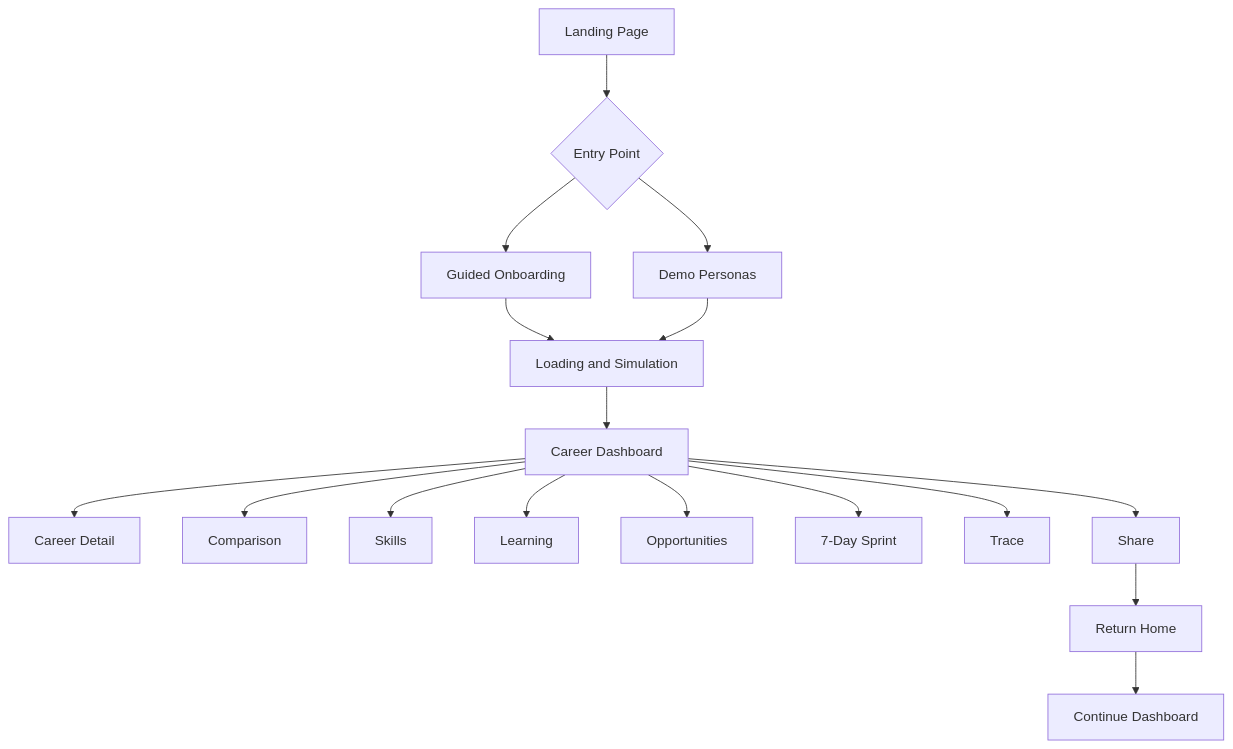
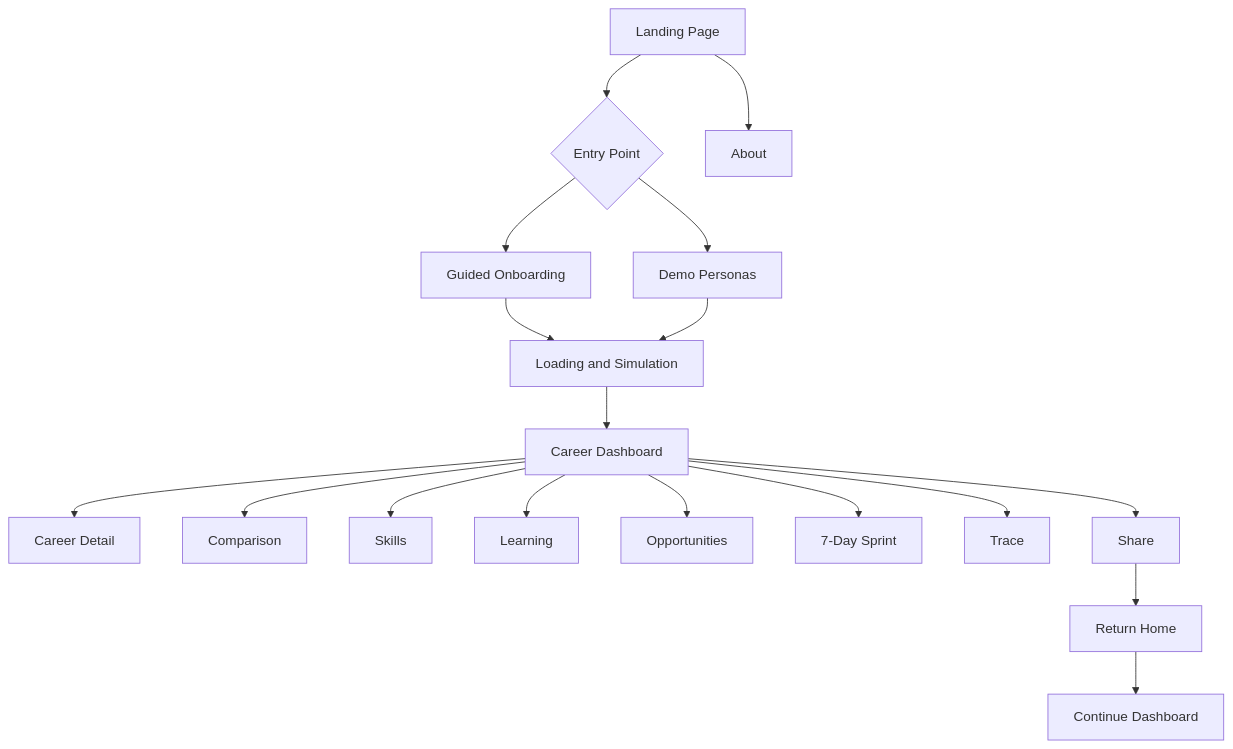
One commit to Dhruvg334/Daedalus changed the third of 3 diagrams in README.md. Above: the diagram before and after it, drawn with Mermaid. The commit also changed other lines of this file and 14 other files, not shown here.

````diff
--- a/README.md
+++ b/README.md
@@ -293,19 +300,20 @@
 ```mermaid
 flowchart TD
     A[Landing Page] --> B{Entry Point}
     B --> C[Guided Onboarding]
     B --> D[Demo Personas]
     C --> E[Loading and Simulation]
     D --> E
     E --> F[Career Dashboard]
     F --> G[Career Detail]
     F --> H[Comparison]
     F --> I[Skills]
     F --> J[Learning]
     F --> K[Opportunities]
     F --> L[7-Day Sprint]
     F --> M[Trace]
     F --> N[Share]
+    A --> Q[About]
     N --> O[Return Home]
     O --> P[Continue Dashboard]
 ```
````
